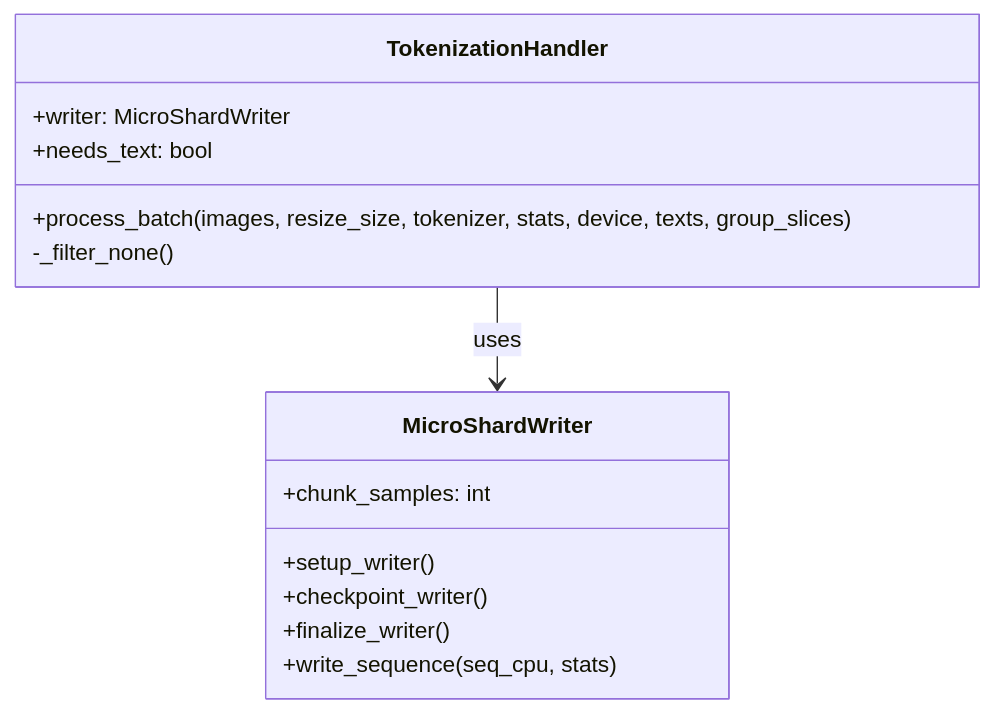
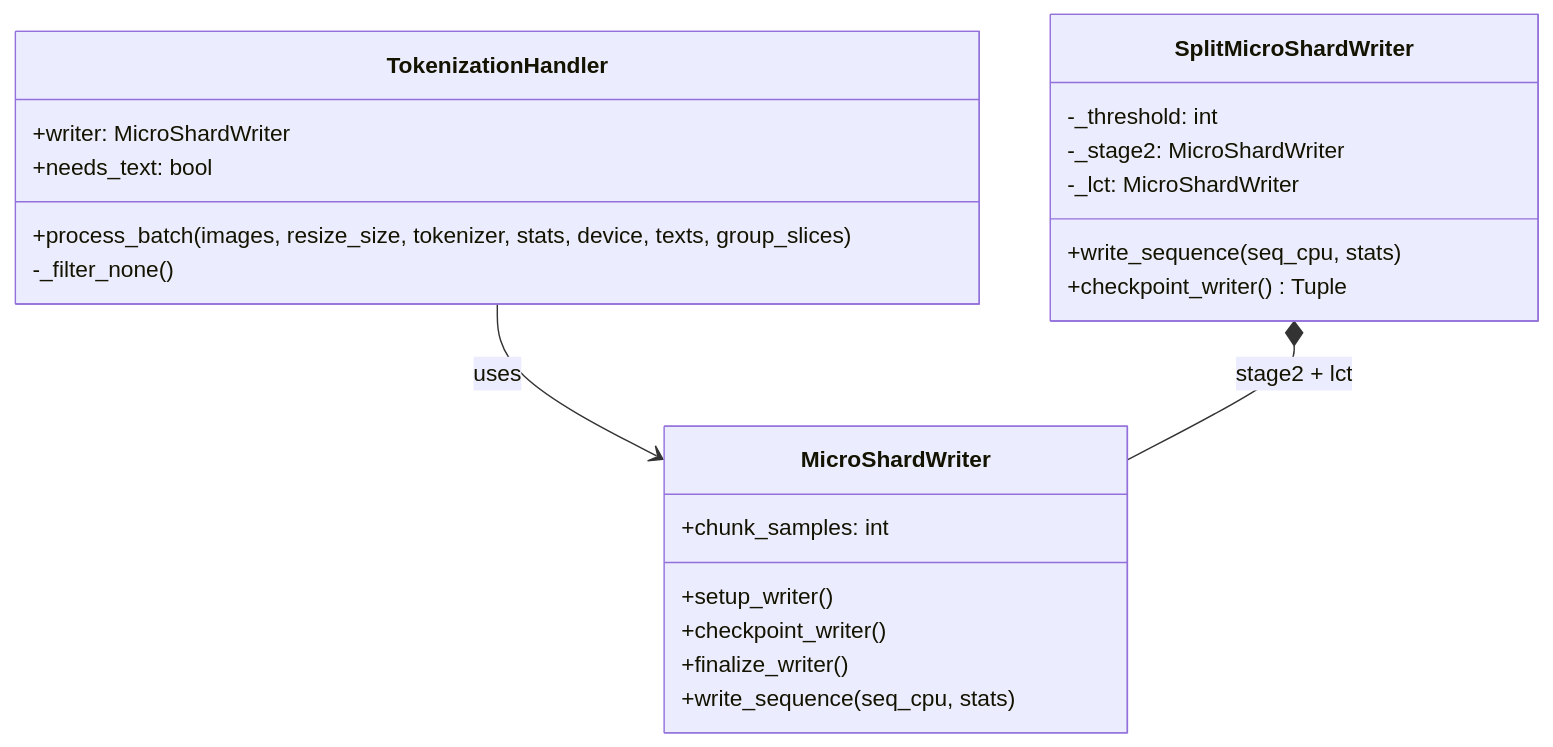
Before and after one commit to swiss-ai/benchmark-image-tokenzier: diagram 11 of 11 in vision_tokenization/README.md, drawn with Mermaid. The commit also changed other lines of this file and 27 other files, not shown here.

````diff
--- a/vision_tokenization/README.md
+++ b/vision_tokenization/README.md
@@ -672,19 +681,28 @@
 ```mermaid
 classDiagram
     class TokenizationHandler {
         +writer: MicroShardWriter
         +needs_text: bool
         +process_batch(images, resize_size, tokenizer, stats, device, texts, group_slices)
         -_filter_none()
     }
 
     class MicroShardWriter {
         +chunk_samples: int
         +setup_writer()
         +checkpoint_writer()
         +finalize_writer()
         +write_sequence(seq_cpu, stats)
     }
 
+    class SplitMicroShardWriter {
+        -_threshold: int
+        -_stage2: MicroShardWriter
+        -_lct: MicroShardWriter
+        +write_sequence(seq_cpu, stats)
+        +checkpoint_writer() Tuple
+    }
+
     TokenizationHandler --> MicroShardWriter : uses
+    SplitMicroShardWriter *-- MicroShardWriter : stage2 + lct
 ```
````
